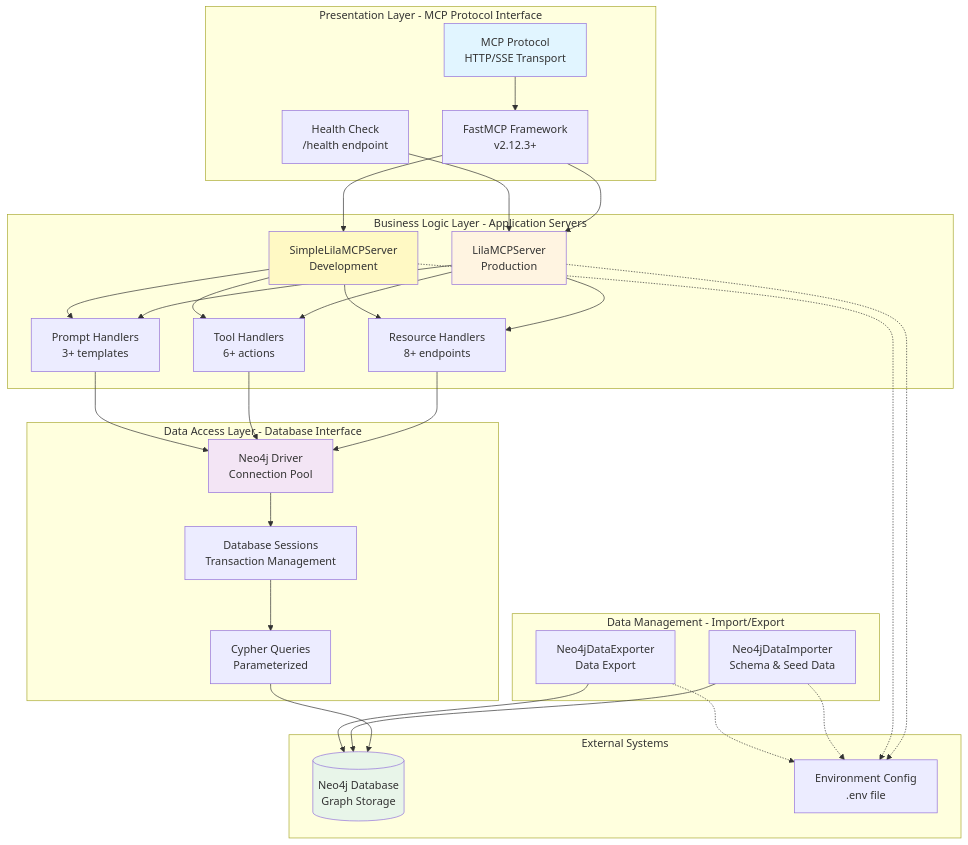
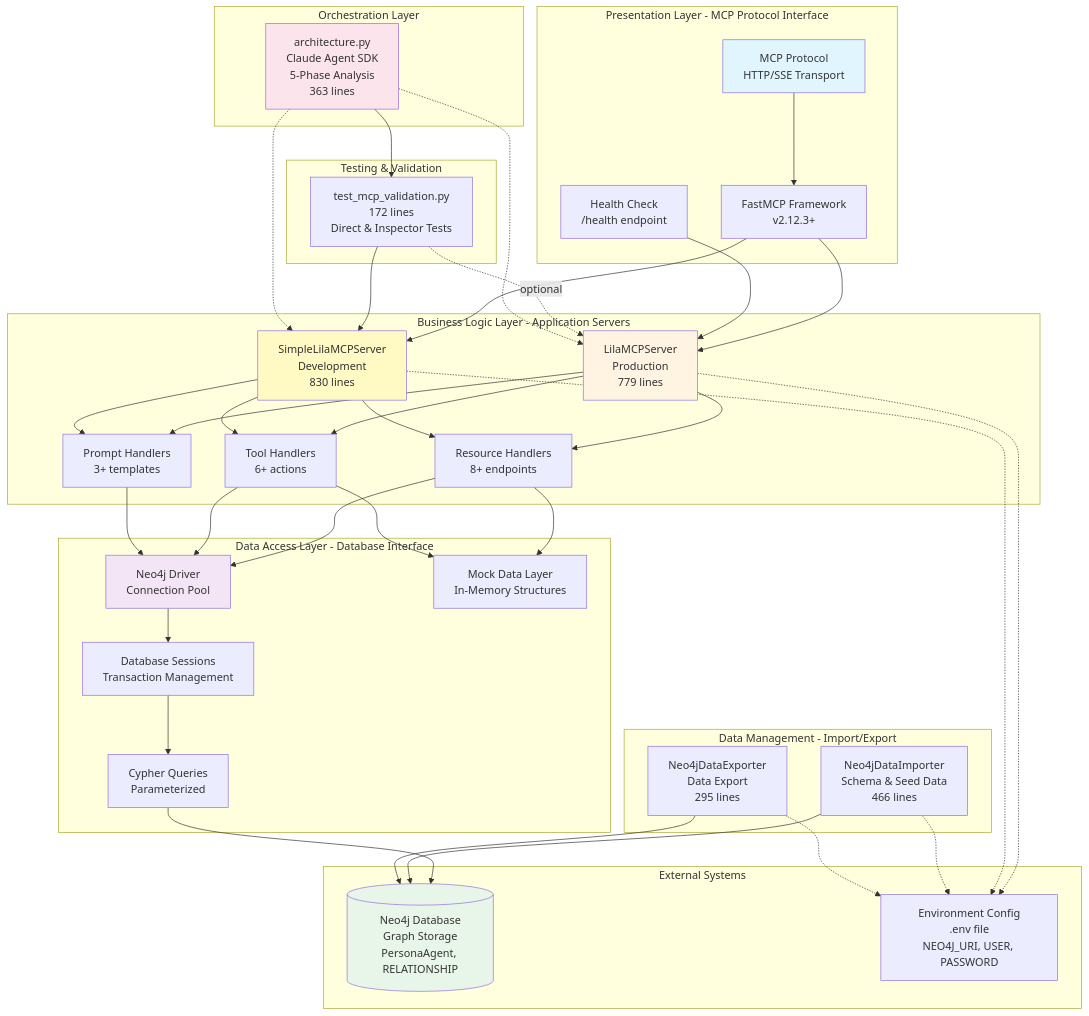
The first of 4 diagrams in repo_analysis/diagrams/02_architecture_diagrams.md (lila-graph/lila-mcp), drawn with Mermaid before and after one commit. The commit also changed other lines of this file and 5 other files, not shown here.

Commit message:
update architecture docs

````diff
--- a/repo_analysis/diagrams/02_architecture_diagrams.md
+++ b/repo_analysis/diagrams/02_architecture_diagrams.md
@@ -11,8 +13,8 @@
     end
 
     subgraph "Business Logic Layer - Application Servers"
-        Server[LilaMCPServer<br/>Production]
-        SimpleServer[SimpleLilaMCPServer<br/>Development]
+        Server[LilaMCPServer<br/>Production<br/>779 lines]
+        SimpleServer[SimpleLilaMCPServer<br/>Development<br/>830 lines]
         Resources[Resource Handlers<br/>8+ endpoints]
         Tools[Tool Handlers<br/>6+ actions]
         Prompts[Prompt Handlers<br/>3+ templates]
@@ -22,16 +24,25 @@
         Driver[Neo4j Driver<br/>Connection Pool]
         Session[Database Sessions<br/>Transaction Management]
         Queries[Cypher Queries<br/>Parameterized]
+        MockData[Mock Data Layer<br/>In-Memory Structures]
     end
 
     subgraph "Data Management - Import/Export"
-        Import[Neo4jDataImporter<br/>Schema & Seed Data]
-        Export[Neo4jDataExporter<br/>Data Export]
+        Import[Neo4jDataImporter<br/>Schema & Seed Data<br/>466 lines]
+        Export[Neo4jDataExporter<br/>Data Export<br/>295 lines]
     end
 
     subgraph "External Systems"
-        Neo4j[(Neo4j Database<br/>Graph Storage)]
-        Env[Environment Config<br/>.env file]
+        Neo4j[(Neo4j Database<br/>Graph Storage<br/>PersonaAgent, RELATIONSHIP)]
+        Env[Environment Config<br/>.env file<br/>NEO4J_URI, USER, PASSWORD]
+    end
+
+    subgraph "Testing & Validation"
+        Validator[test_mcp_validation.py<br/>172 lines<br/>Direct & Inspector Tests]
+    end
+
+    subgraph "Orchestration Layer"
+        Architecture[architecture.py<br/>Claude Agent SDK<br/>5-Phase Analysis<br/>363 lines]
     end
 
     MCP --> FastMCP
@@ -47,7 +58,9 @@
     SimpleServer --> Prompts
 
     Resources --> Driver
+    Resources --> MockData
     Tools --> Driver
+    Tools --> MockData
     Prompts --> Driver
 
     Driver --> Session
@@ -62,9 +75,17 @@
     Import -.-> Env
     Export -.-> Env
 
+    Validator --> SimpleServer
+    Validator -.->|optional| Server
+
+    Architecture --> Validator
+    Architecture -.-> Server
+    Architecture -.-> SimpleServer
+
     style MCP fill:#e1f5ff
     style Server fill:#fff4e1
     style SimpleServer fill:#fff9c4
     style Neo4j fill:#e8f5e9
     style Driver fill:#f3e5f5
+    style Architecture fill:#fce4ec
 ```
````
